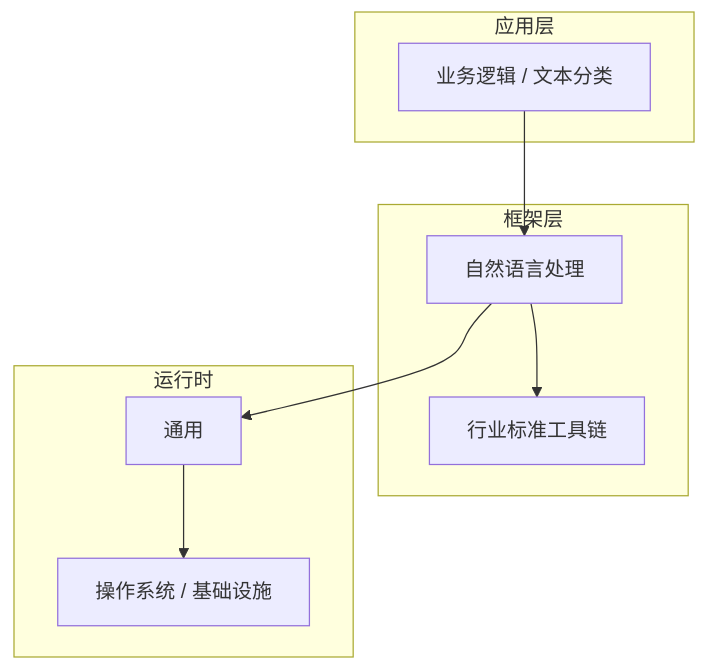
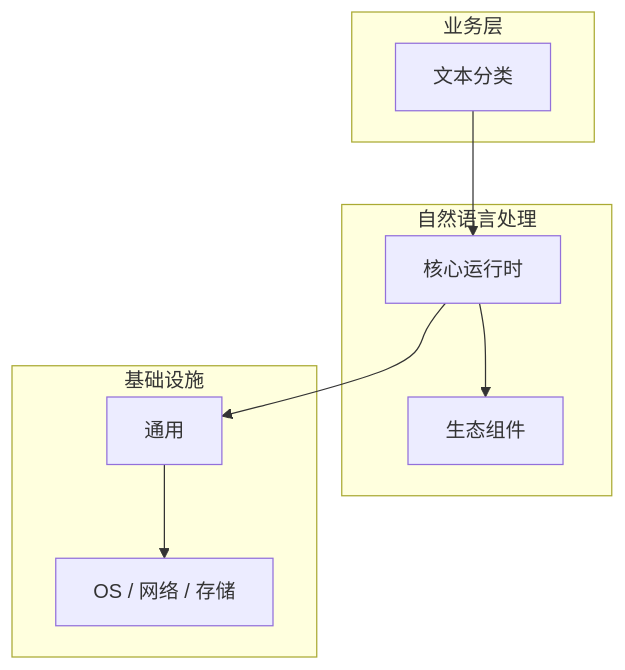
Before and after one commit to yanggan2015/knowledge-json-v2: the diagram in articles/自然语言处理/chapters/046-文本分类核心概念与原理.md, drawn with Mermaid. The commit also changed other lines of this file and 10127 other files, not shown here.

````diff
--- a/articles/自然语言处理/chapters/046-文本分类核心概念与原理.md
+++ b/articles/自然语言处理/chapters/046-文本分类核心概念与原理.md
@@ -45,18 +30,18 @@
 ```mermaid
 graph TB
-    subgraph 应用层
-        A[业务逻辑 / 文本分类]
+    subgraph 业务层
+        A[文本分类]
     end
-    subgraph 框架层
-        B[自然语言处理]
-        C[行业标准工具链]
+    subgraph 自然语言处理
+        B[核心运行时]
+        C[生态组件]
     end
-    subgraph 运行时
+    subgraph 基础设施
         D[通用]
-        E[操作系统 / 基础设施]
+        E[OS / 网络 / 存储]
     end
     A --> B
     B --> C
     B --> D
     D --> E
 ```
````
